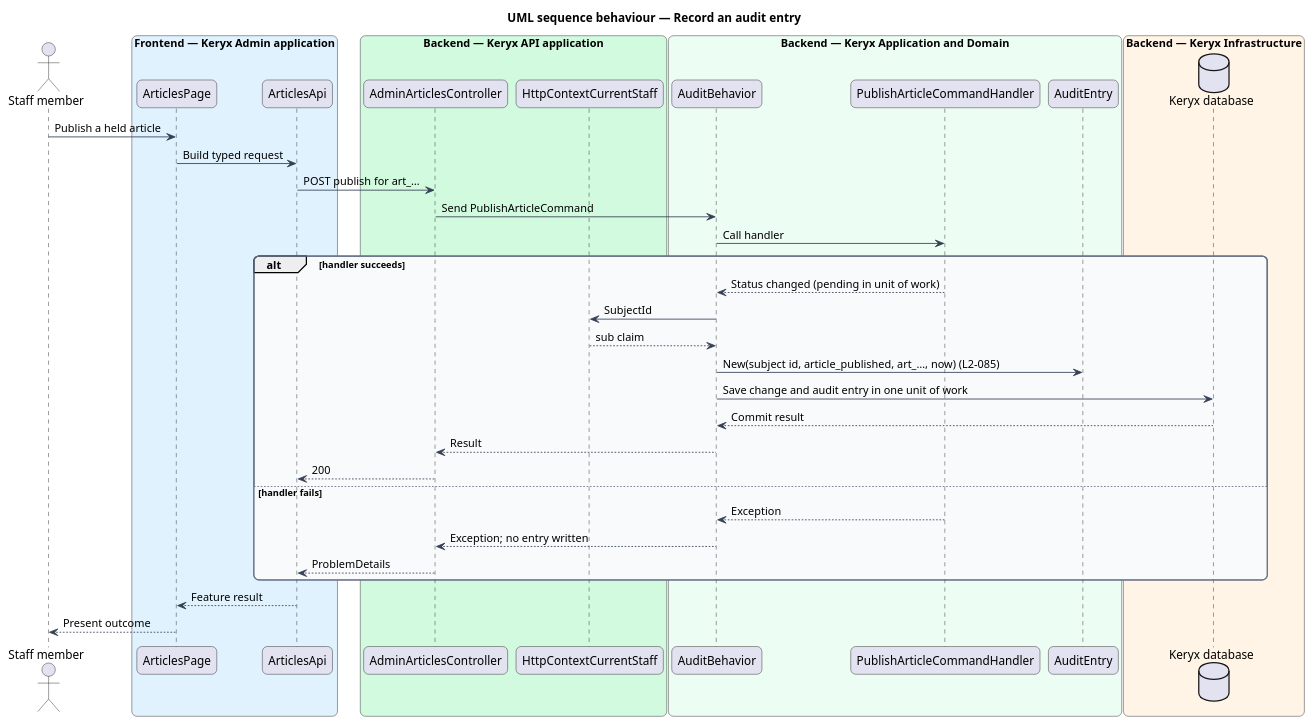
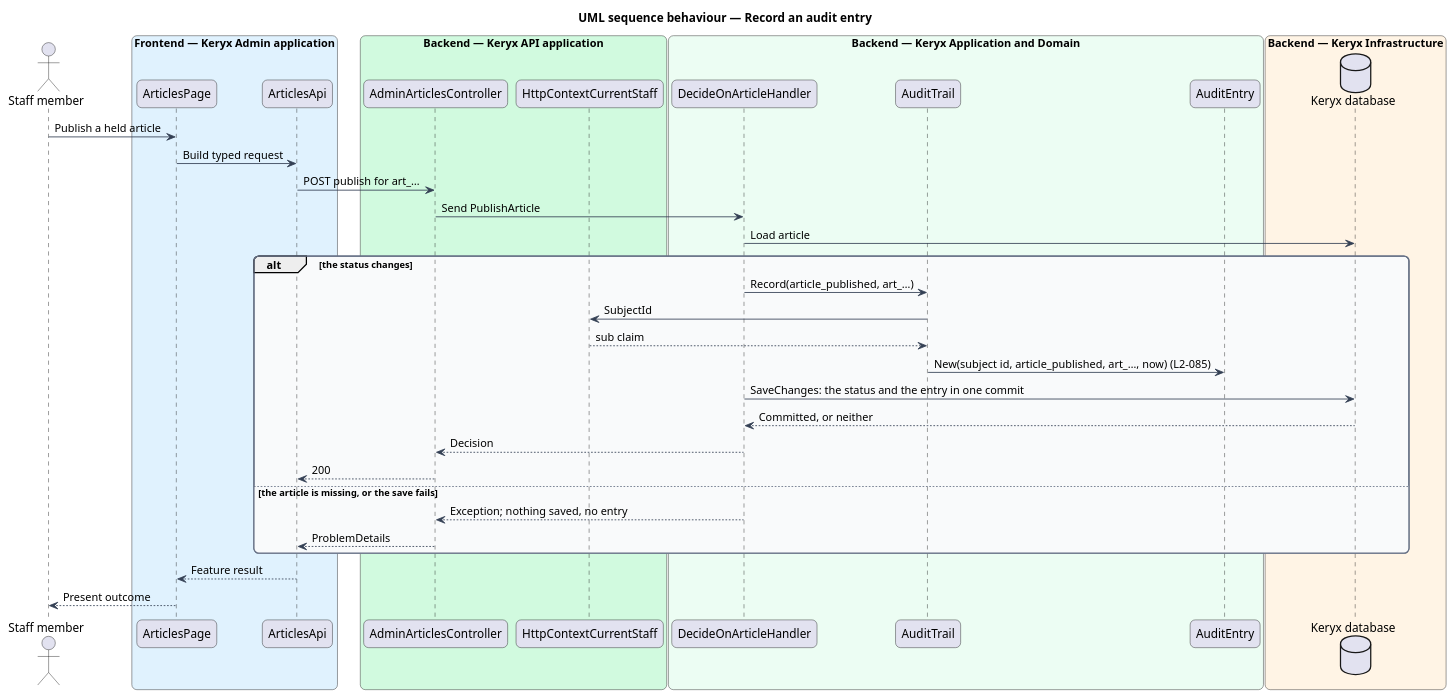
One commit to QuinntyneBrown/keryx changed the diagram in docs/detailed-designs/operations/audit-staff-actions/diagrams/sequence-record-audit-entry.puml. Above: the diagram before and after it, drawn with PlantUML. The commit also changed 23 other files, not shown here.

```diff
--- a/docs/detailed-designs/operations/audit-staff-actions/diagrams/sequence-record-audit-entry.puml
+++ b/docs/detailed-designs/operations/audit-staff-actions/diagrams/sequence-record-audit-entry.puml
@@ -1,55 +1,54 @@
 @startuml
 title UML sequence behaviour — Record an audit entry
 skinparam backgroundColor #FFFFFF
 skinparam shadowing false
 skinparam roundcorner 12
 skinparam defaultFontName Arial
 skinparam ArrowColor #344054
 skinparam rectangle {
   BorderColor #344054
   FontColor #101828
 }
 skinparam package {
   BorderColor #667085
   FontColor #101828
   BackgroundColor #F9FAFB
 }
 actor "Staff member" as actor
 box "Frontend — Keryx Admin application" #E0F2FE
   participant "ArticlesPage" as page
   participant "ArticlesApi" as client
 end box
 box "Backend — Keryx API application" #D1FADF
   participant "AdminArticlesController" as ctrl
   participant "HttpContextCurrentStaff" as cur
 end box
 box "Backend — Keryx Application and Domain" #ECFDF3
-  participant "AuditBehavior" as beh
-  participant "PublishArticleCommandHandler" as h
+  participant "DecideOnArticleHandler" as h
+  participant "AuditTrail" as trail
   participant "AuditEntry" as entry
 end box
 box "Backend — Keryx Infrastructure" #FFF4E5
   database "Keryx database" as db
 end box
 actor -> page : Publish a held article
 page -> client : Build typed request
 client -> ctrl : POST publish for art_…
-ctrl -> beh : Send PublishArticleCommand
-beh -> h : Call handler
-alt handler succeeds
-  h --> beh : Status changed (pending in unit of work)
-  beh -> cur : SubjectId
-  cur --> beh : sub claim
-  beh -> entry : New(subject id, article_published, art_…, now) (L2-085)
-  beh -> db : Save change and audit entry in one unit of work
-  db --> beh : Commit result
-  beh --> ctrl : Result
+ctrl -> h : Send PublishArticle
+h -> db : Load article
+alt the status changes
+  h -> trail : Record(article_published, art_…)
+  trail -> cur : SubjectId
+  cur --> trail : sub claim
+  trail -> entry : New(subject id, article_published, art_…, now) (L2-085)
+  h -> db : SaveChanges: the status and the entry in one commit
+  db --> h : Committed, or neither
+  h --> ctrl : Decision
   ctrl --> client : 200
-else handler fails
-  h --> beh : Exception
-  beh --> ctrl : Exception; no entry written
+else the article is missing, or the save fails
+  h --> ctrl : Exception; nothing saved, no entry
   ctrl --> client : ProblemDetails
 end
 client --> page : Feature result
 page --> actor : Present outcome
 @enduml
```
